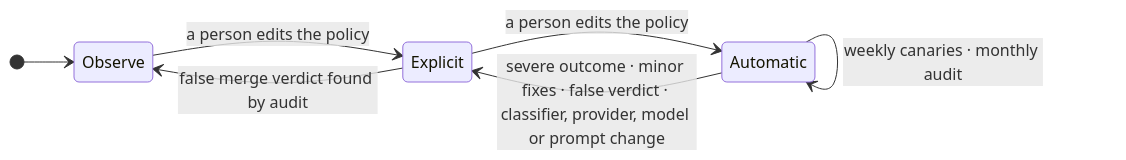
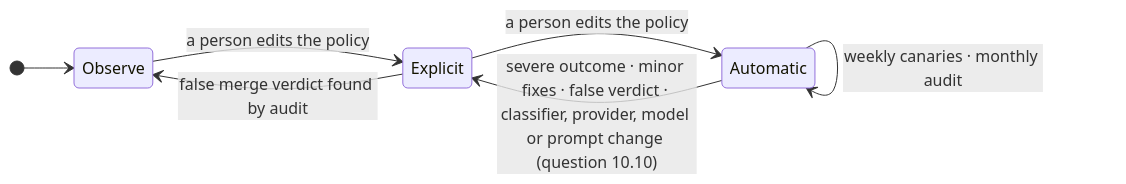
The third of 3 diagrams in docs/proposals/aisdlc-97-architecture-proposal.md (guyoron1/fullsend), drawn with Mermaid before and after one commit. The commit also changed other lines of this file, not shown here.

First line of the commit message:
docs: tighten the AISDLC-97 architecture proposal to nine pages

````diff
--- a/docs/proposals/aisdlc-97-architecture-proposal.md
+++ b/docs/proposals/aisdlc-97-architecture-proposal.md
@@ -345,10 +295,10 @@
 ```mermaid
 stateDiagram-v2
   direction LR
   [*] --> Observe
   Observe --> Explicit: a person edits the policy
   Explicit --> Automatic: a person edits the policy
-  Automatic --> Explicit: severe outcome · minor fixes · false verdict · classifier, provider, model or prompt change
+  Automatic --> Explicit: severe outcome · minor fixes · false verdict · classifier, provider, model or prompt change (question 10.10)
   Explicit --> Observe: false merge verdict found by audit
   Automatic --> Automatic: weekly canaries · monthly audit
 ```
````
